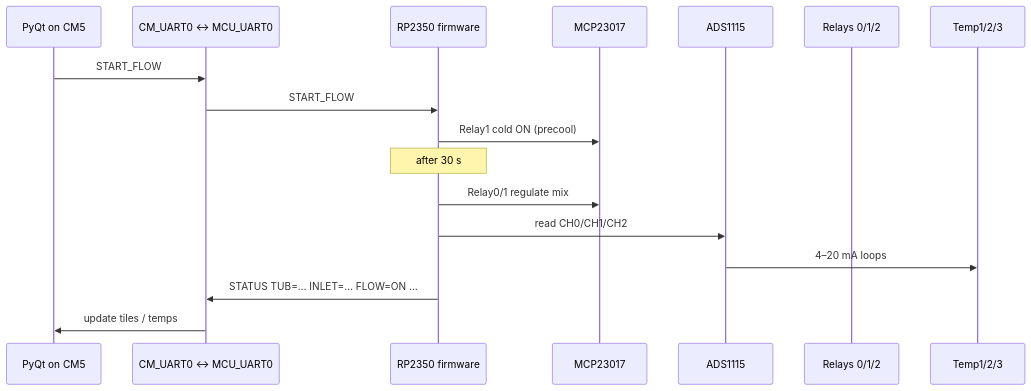
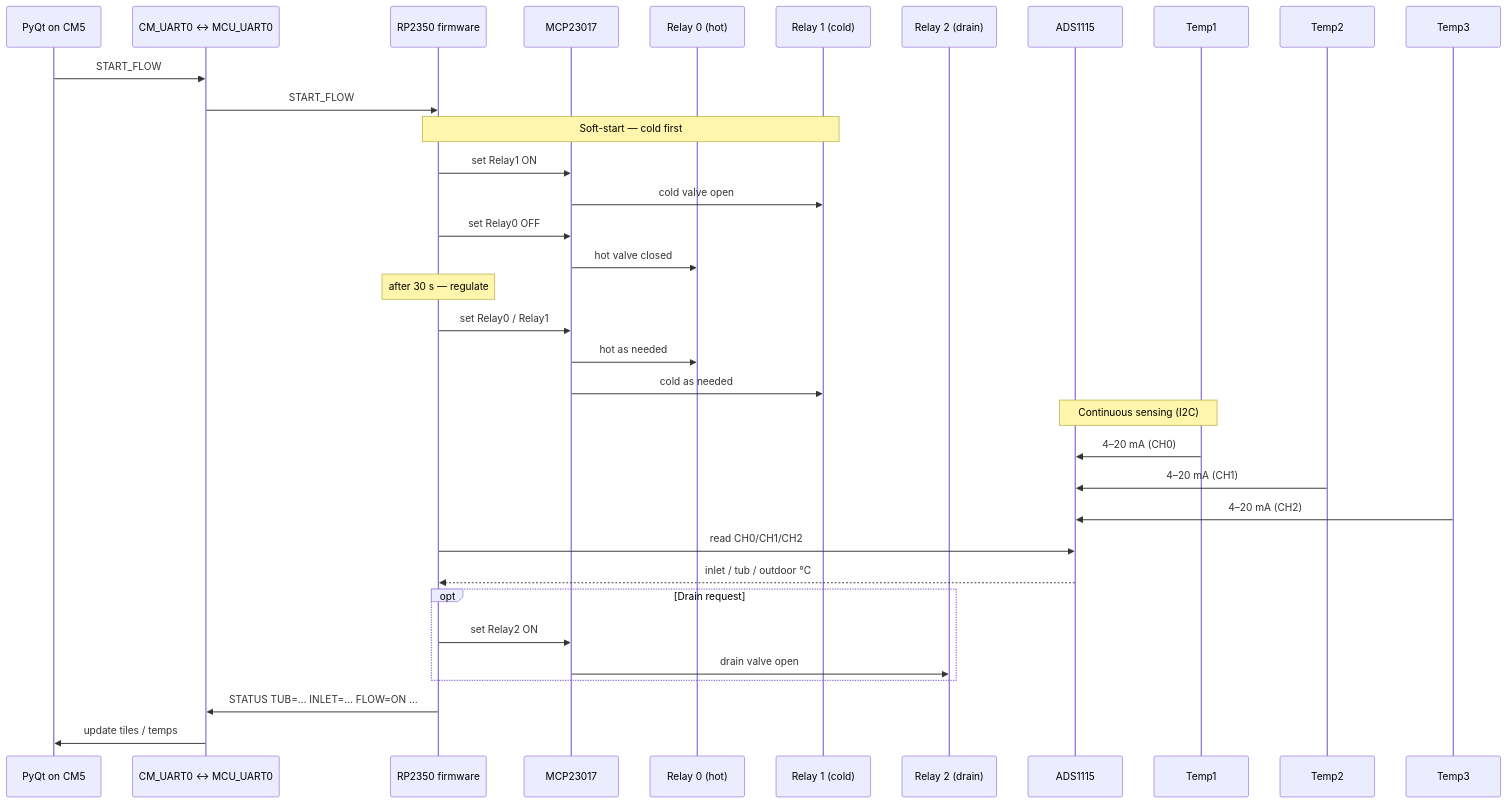
The fifth of 5 diagrams in doc/diagrams.md (raspipcb/oddurboga-cm5-rp2350), drawn with Mermaid before and after one commit. The commit also changed 8 other files, not shown here.

````diff
--- a/doc/diagrams.md
+++ b/doc/diagrams.md
@@ -195,20 +195,43 @@
 ```mermaid
 sequenceDiagram
   participant UI as PyQt on CM5
   participant UART as CM_UART0 ↔ MCU_UART0
   participant FW as RP2350 firmware
   participant MCP as MCP23017
+  participant R0 as Relay 0 (hot)
+  participant R1 as Relay 1 (cold)
+  participant R2 as Relay 2 (drain)
   participant ADS as ADS1115
-  participant V as Relays 0/1/2
-  participant T as Temp1/2/3
+  participant T1 as Temp1
+  participant T2 as Temp2
+  participant T3 as Temp3
 
   UI->>UART: START_FLOW
   UART->>FW: START_FLOW
-  FW->>MCP: Relay1 cold ON (precool)
-  Note over FW: after 30 s
-  FW->>MCP: Relay0/1 regulate mix
+
+  Note over FW,R1: Soft-start — cold first
+  FW->>MCP: set Relay1 ON
+  MCP->>R1: cold valve open
+  FW->>MCP: set Relay0 OFF
+  MCP->>R0: hot valve closed
+
+  Note over FW: after 30 s — regulate
+  FW->>MCP: set Relay0 / Relay1
+  MCP->>R0: hot as needed
+  MCP->>R1: cold as needed
+
+  Note over T1,ADS: Continuous sensing (I2C)
+  T1->>ADS: 4–20 mA (CH0)
+  T2->>ADS: 4–20 mA (CH1)
+  T3->>ADS: 4–20 mA (CH2)
   FW->>ADS: read CH0/CH1/CH2
-  ADS->>T: 4–20 mA loops
+  ADS-->>FW: inlet / tub / outdoor °C
+
+  opt Drain request
+    FW->>MCP: set Relay2 ON
+    MCP->>R2: drain valve open
+  end
+
   FW->>UART: STATUS TUB=… INLET=… FLOW=ON …
   UART->>UI: update tiles / temps
 ```
````
